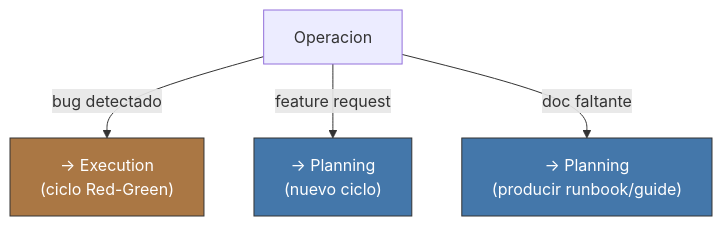
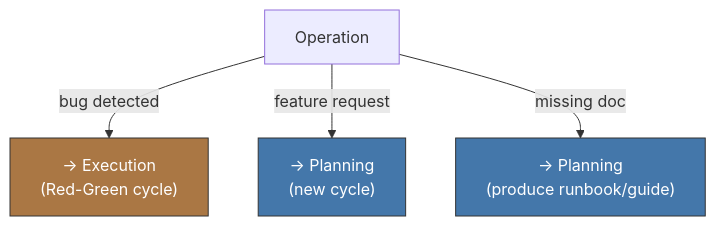
The third of 3 diagrams in principia/sections/36-operation.md (virgenherrera/virgil), drawn with Mermaid before and after one commit. The commit also changed other lines of this file and 42 other files, not shown here.

````diff
--- a/principia/sections/36-operation.md
+++ b/principia/sections/36-operation.md
@@ -77,11 +77,11 @@
 ```mermaid
 flowchart TD
-    OP["Operacion"]
-    OP -->|"bug detectado"| EXEC["→ Execution\n(ciclo Red-Green)"]
-    OP -->|"feature request"| PLAN["→ Planning\n(nuevo ciclo)"]
-    OP -->|"doc faltante"| DOC["→ Planning\n(producir runbook/guide)"]
+    OP["Operation"]
+    OP -->|"bug detected"| EXEC["→ Execution\n(Red-Green cycle)"]
+    OP -->|"feature request"| PLAN["→ Planning\n(new cycle)"]
+    OP -->|"missing doc"| DOC["→ Planning\n(produce runbook/guide)"]
 
     style EXEC fill:#a74,stroke:#333,color:#fff
     style PLAN fill:#47a,stroke:#333,color:#fff
     style DOC fill:#47a,stroke:#333,color:#fff
 ```
````
